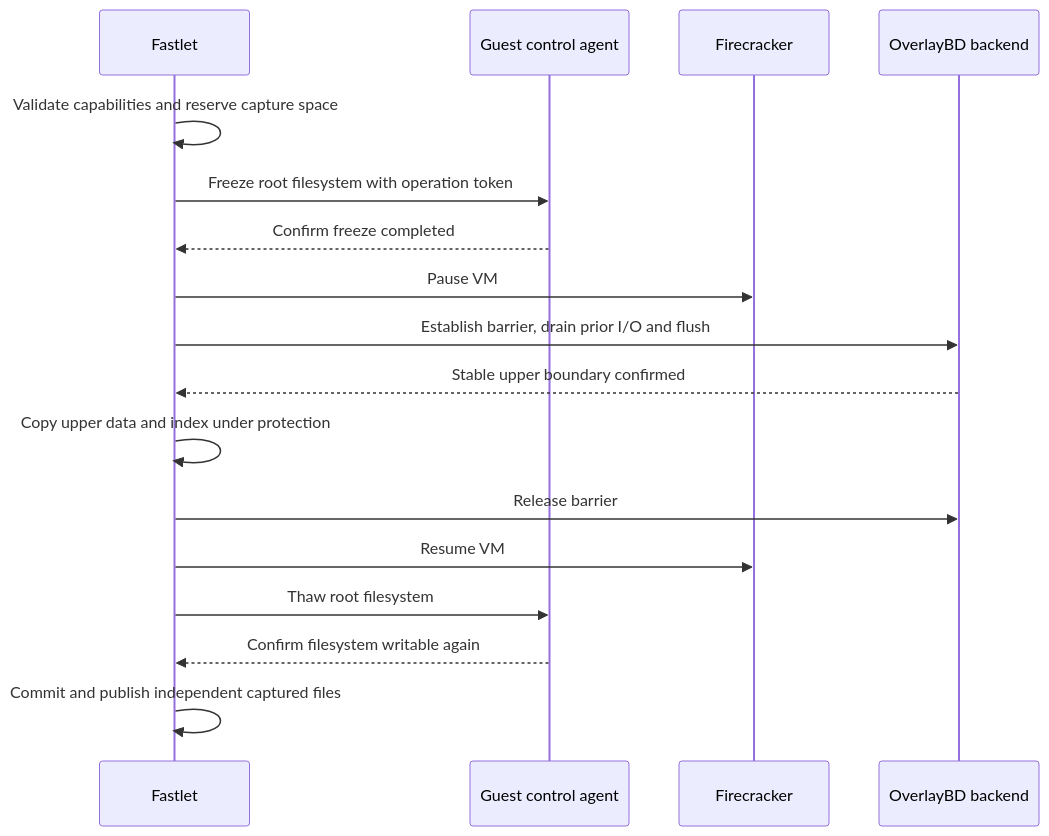
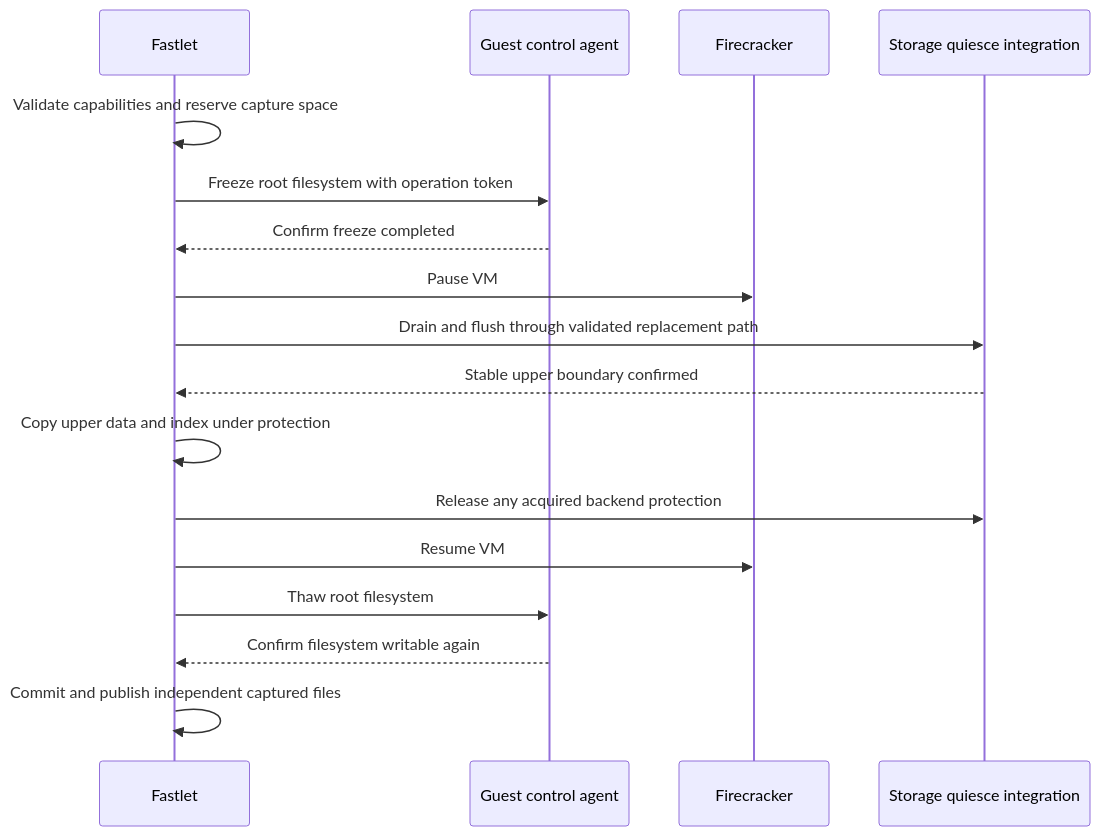
One commit to opensandbox-group/fast-sandbox changed the first of 2 diagrams in fseps/0001-rootfs-only-snapshots-overlaybd.md. Above: the diagram before and after it, drawn with Mermaid. The commit also changed other lines of this file and 1 other file, not shown here.

Commit message:
docs(fsep): clarify drain and recovery without changing capture strategy

````diff
--- a/fseps/0001-rootfs-only-snapshots-overlaybd.md
+++ b/fseps/0001-rootfs-only-snapshots-overlaybd.md
@@ -121,19 +125,19 @@
 ```mermaid
 sequenceDiagram
     participant F as Fastlet
     participant G as Guest control agent
     participant V as Firecracker
-    participant O as OverlayBD backend
+    participant O as Storage quiesce integration
     F->>F: Validate capabilities and reserve capture space
     F->>G: Freeze root filesystem with operation token
     G-->>F: Confirm freeze completed
     F->>V: Pause VM
-    F->>O: Establish barrier, drain prior I/O and flush
+    F->>O: Drain and flush through validated replacement path
     O-->>F: Stable upper boundary confirmed
     F->>F: Copy upper data and index under protection
-    F->>O: Release barrier
+    F->>O: Release any acquired backend protection
     F->>V: Resume VM
     F->>G: Thaw root filesystem
     G-->>F: Confirm filesystem writable again
     F->>F: Commit and publish independent captured files
 ```
````
